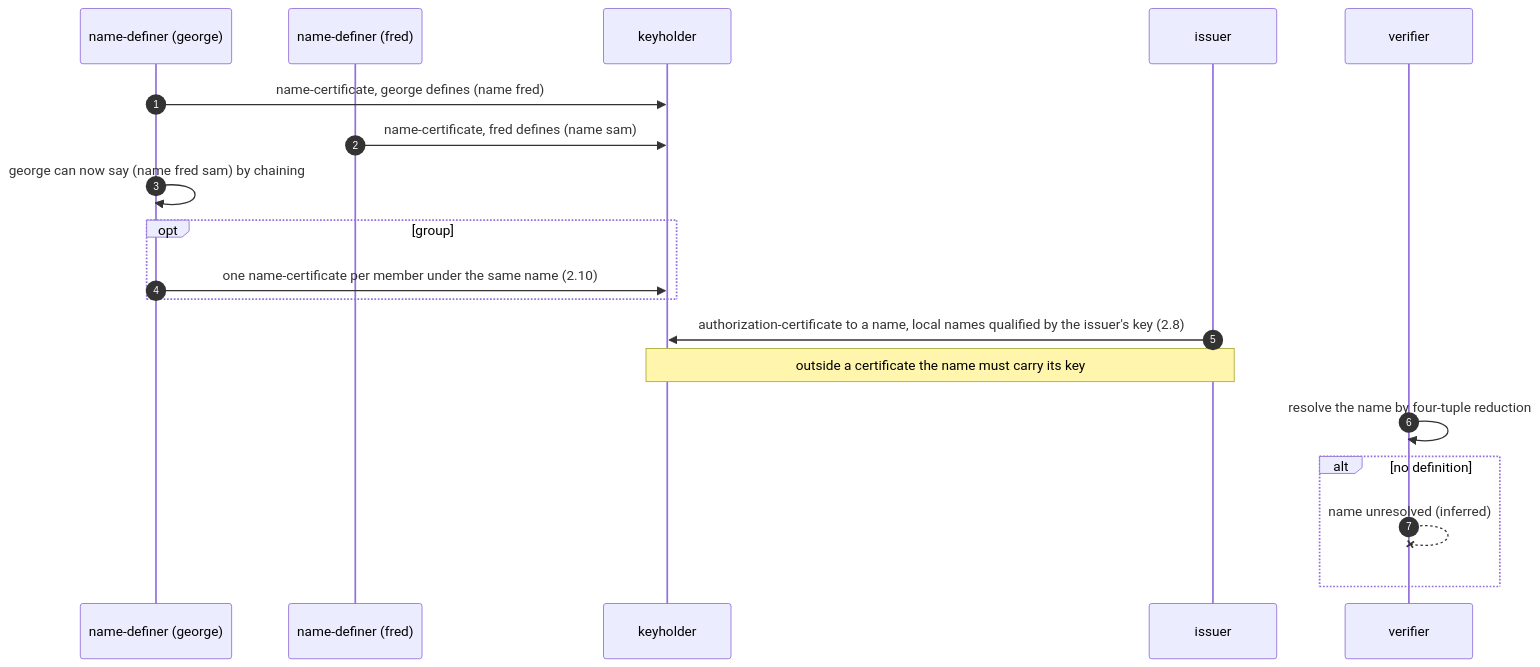
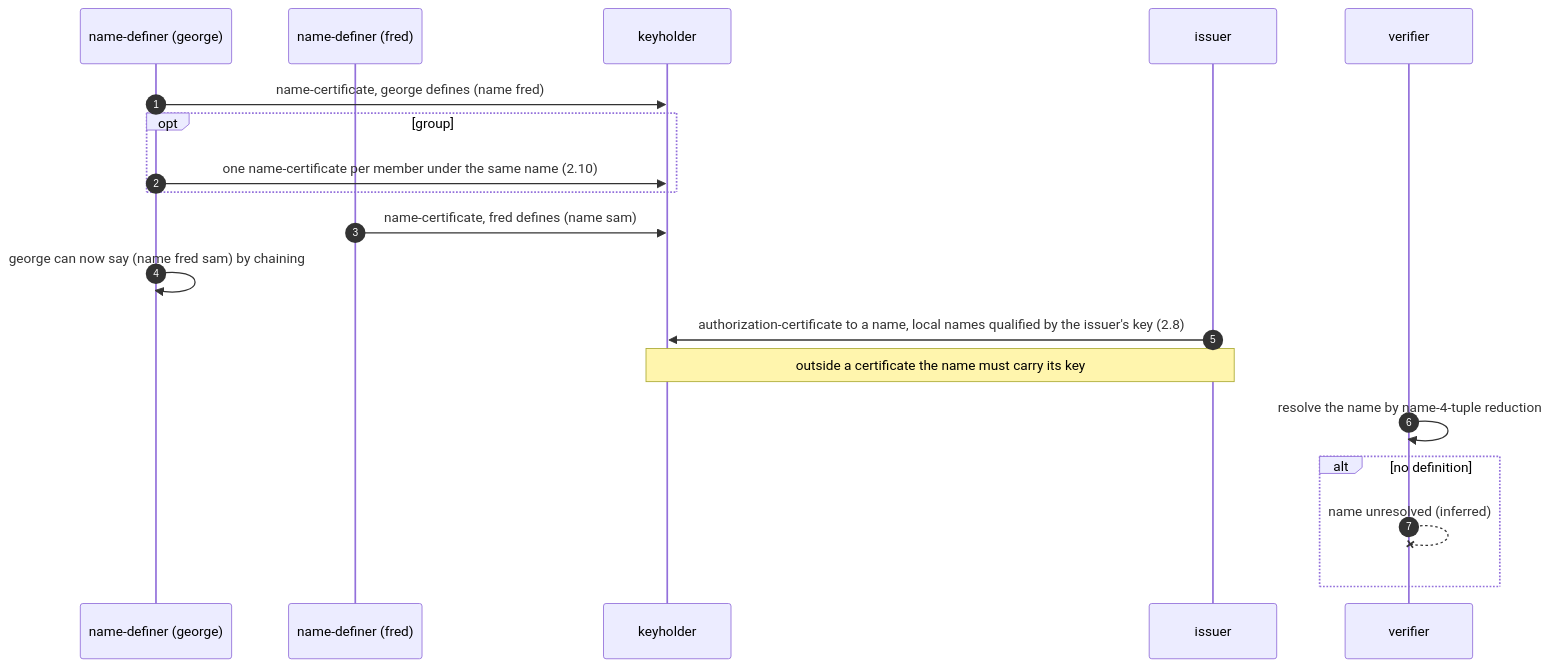
Diagram 11 of 25 in records/ietf/rfc-2693/distilled/protocol.md (m-of-n/library), drawn with Mermaid before and after one commit. The commit also changed other lines of this file and 8 other files, not shown here.

````diff
--- a/records/ietf/rfc-2693/distilled/protocol.md
+++ b/records/ietf/rfc-2693/distilled/protocol.md
@@ -441,21 +437,21 @@
 ```mermaid
 sequenceDiagram
   autonumber
   participant G as name-definer (george)
   participant F as name-definer (fred)
   participant K as keyholder
   participant I as issuer
   participant V as verifier
   G->>K: name-certificate, george defines (name fred)
-  F->>K: name-certificate, fred defines (name sam)
-  G->>G: george can now say (name fred sam) by chaining
   opt group
     G->>K: one name-certificate per member under the same name (2.10)
   end
+  F->>K: name-certificate, fred defines (name sam)
+  G->>G: george can now say (name fred sam) by chaining
   I->>K: authorization-certificate to a name, local names qualified by the issuer's key (2.8)
   Note over I,K: outside a certificate the name must carry its key
-  V->>V: resolve the name by four-tuple reduction
+  V->>V: resolve the name by name-4-tuple reduction
   alt no definition
     V--xV: name unresolved (inferred)
   end
 ```
````
